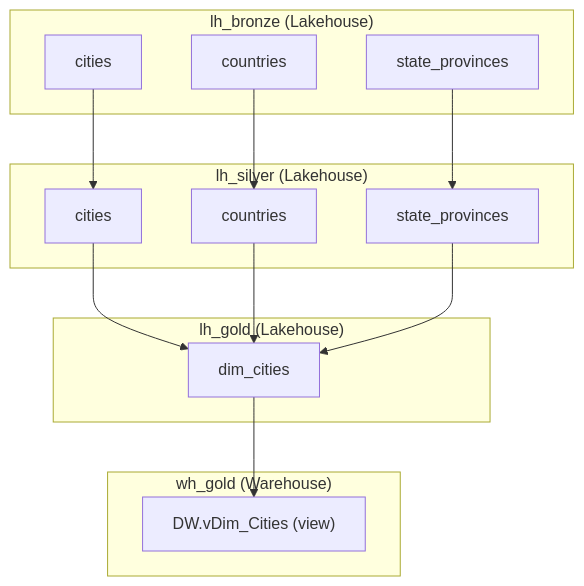
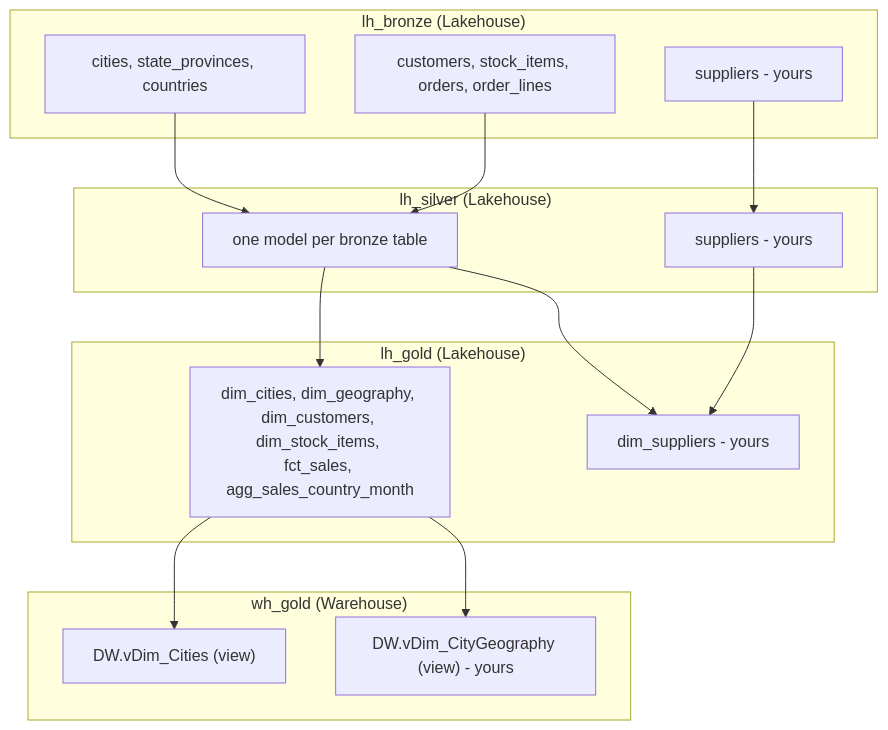
One commit to Insight-Services-APAC/Insight_Ingenious_For_Fabric changed the diagram in docs/training/dp/index.md. Above: the diagram before and after it, drawn with Mermaid. The commit also changed other lines of this file and 30 other files, not shown here.

````diff
--- a/docs/training/dp/index.md
+++ b/docs/training/dp/index.md
@@ -22,27 +28,28 @@
 ```mermaid
 flowchart TD
     subgraph lh_bronze["lh_bronze (Lakehouse)"]
-        B1[cities]
-        B2[countries]
-        B3[state_provinces]
+        B1[cities, state_provinces, countries]
+        B2[customers, stock_items, orders, order_lines]
+        B3[suppliers - yours]
     end
     subgraph lh_silver["lh_silver (Lakehouse)"]
-        S1[cities]
-        S2[countries]
-        S3[state_provinces]
+        S1[one model per bronze table]
+        S3[suppliers - yours]
     end
     subgraph lh_gold["lh_gold (Lakehouse)"]
-        G1[dim_cities]
+        G1[dim_cities, dim_geography, dim_customers, dim_stock_items, fct_sales, agg_sales_country_month]
+        G2[dim_suppliers - yours]
     end
     subgraph wh_gold["wh_gold (Warehouse)"]
         W1["DW.vDim_Cities (view)"]
+        W2["DW.vDim_CityGeography (view) - yours"]
     end
-
     B1 --> S1
-    B2 --> S2
+    B2 --> S1
     B3 --> S3
     S1 --> G1
-    S2 --> G1
-    S3 --> G1
+    S1 --> G2
+    S3 --> G2
     G1 --> W1
+    G1 --> W2
 ```
````
